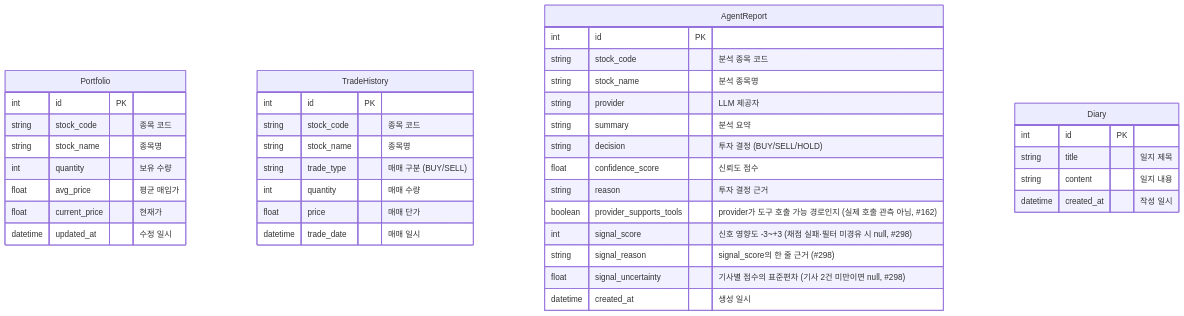
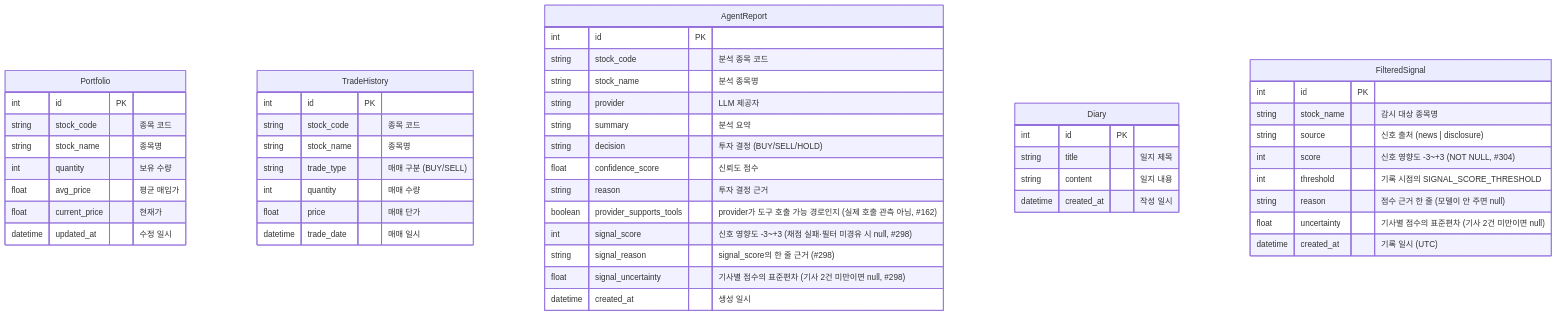
The diagram in backend/schema_docs.md (FIN-US/fin-us), drawn with Mermaid before and after one commit. The commit also changed other lines of this file and 9 other files, not shown here.

````diff
--- a/backend/schema_docs.md
+++ b/backend/schema_docs.md
@@ -7,42 +7,52 @@
 ```mermaid
 erDiagram
     Portfolio {
         int id PK
         string stock_code "종목 코드"
         string stock_name "종목명"
         int quantity "보유 수량"
         float avg_price "평균 매입가"
         float current_price "현재가"
         datetime updated_at "수정 일시"
     }
     TradeHistory {
         int id PK
         string stock_code "종목 코드"
         string stock_name "종목명"
         string trade_type "매매 구분 (BUY/SELL)"
         int quantity "매매 수량"
         float price "매매 단가"
         datetime trade_date "매매 일시"
     }
     AgentReport {
         int id PK
         string stock_code "분석 종목 코드"
         string stock_name "분석 종목명"
         string provider "LLM 제공자"
         string summary "분석 요약"
         string decision "투자 결정 (BUY/SELL/HOLD)"
         float confidence_score "신뢰도 점수"
         string reason "투자 결정 근거"
         boolean provider_supports_tools "provider가 도구 호출 가능 경로인지 (실제 호출 관측 아님, #162)"
         int signal_score "신호 영향도 -3~+3 (채점 실패·필터 미경유 시 null, #298)"
         string signal_reason "signal_score의 한 줄 근거 (#298)"
         float signal_uncertainty "기사별 점수의 표준편차 (기사 2건 미만이면 null, #298)"
         datetime created_at "생성 일시"
     }
     Diary {
         int id PK
         string title "일지 제목"
         string content "일지 내용"
         datetime created_at "작성 일시"
     }
+    FilteredSignal {
+        int id PK
+        string stock_name "감시 대상 종목명"
+        string source "신호 출처 (news | disclosure)"
+        int score "신호 영향도 -3~+3 (NOT NULL, #304)"
+        int threshold "기록 시점의 SIGNAL_SCORE_THRESHOLD"
+        string reason "점수 근거 한 줄 (모델이 안 주면 null)"
+        float uncertainty "기사별 점수의 표준편차 (기사 2건 미만이면 null)"
+        datetime created_at "기록 일시 (UTC)"
+    }
 ```
````
